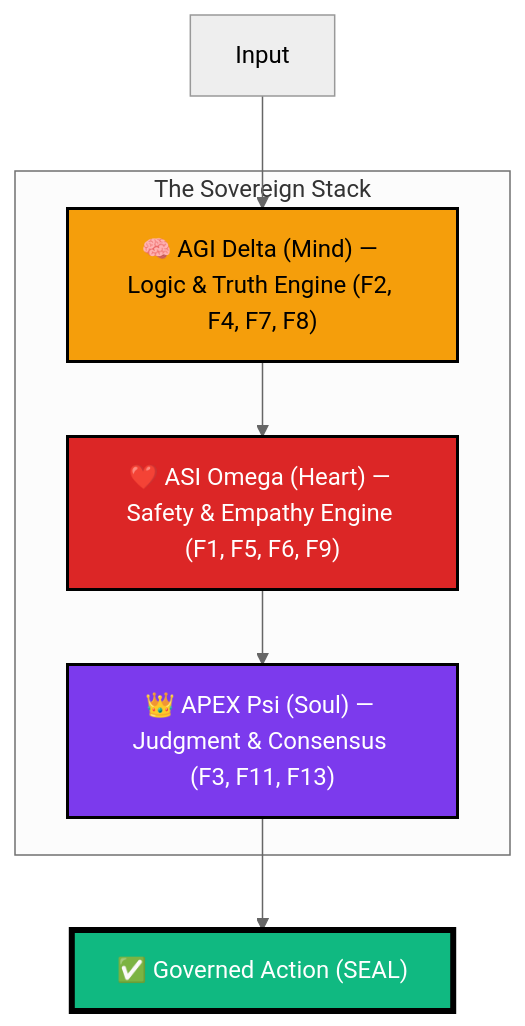
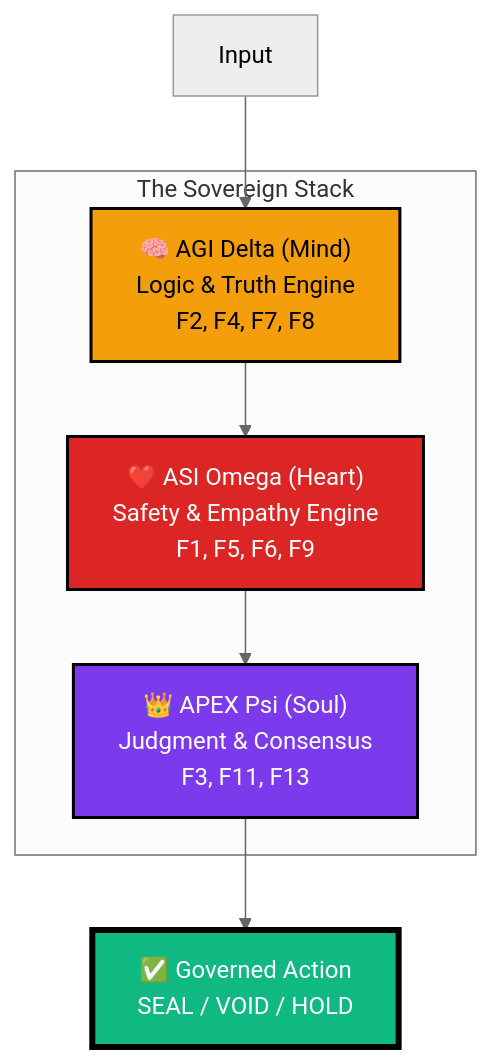
One commit to ariffazil/arifos changed the diagram in README.md. Above: the diagram before and after it, drawn with Mermaid (neutral theme). The commit also changed other lines of this file and 3 other files, not shown here.

````diff
--- a/README.md
+++ b/README.md
@@ -33,18 +114,18 @@
 ```mermaid
 graph TD
     subgraph "The Sovereign Stack"
-        MIND["🧠 AGI Delta (Mind) — Logic & Truth Engine (F2, F4, F7, F8)"]
-        HEART["❤️ ASI Omega (Heart) — Safety & Empathy Engine (F1, F5, F6, F9)"]
-        SOUL["👑 APEX Psi (Soul) — Judgment & Consensus (F3, F11, F13)"]
+        MIND["🧠 AGI Delta (Mind)<br/>Logic & Truth Engine<br/>F2, F4, F7, F8"]
+        HEART["❤️ ASI Omega (Heart)<br/>Safety & Empathy Engine<br/>F1, F5, F6, F9"]
+        SOUL["👑 APEX Psi (Soul)<br/>Judgment & Consensus<br/>F3, F11, F13"]
     end
 
     Input --> MIND
     MIND --> HEART
     HEART --> SOUL
-    SOUL --> Output["✅ Governed Action (SEAL)"]
+    SOUL --> Output["✅ Governed Action<br/>SEAL / VOID / HOLD"]
 
     style MIND fill:#f59e0b,stroke:#000,color:#000,stroke-width:2px
     style HEART fill:#dc2626,stroke:#000,color:#fff,stroke-width:2px
     style SOUL fill:#7c3aed,stroke:#000,color:#fff,stroke-width:2px
     style Output fill:#10b981,stroke:#000,color:#fff,stroke-width:4px
 ```
````
